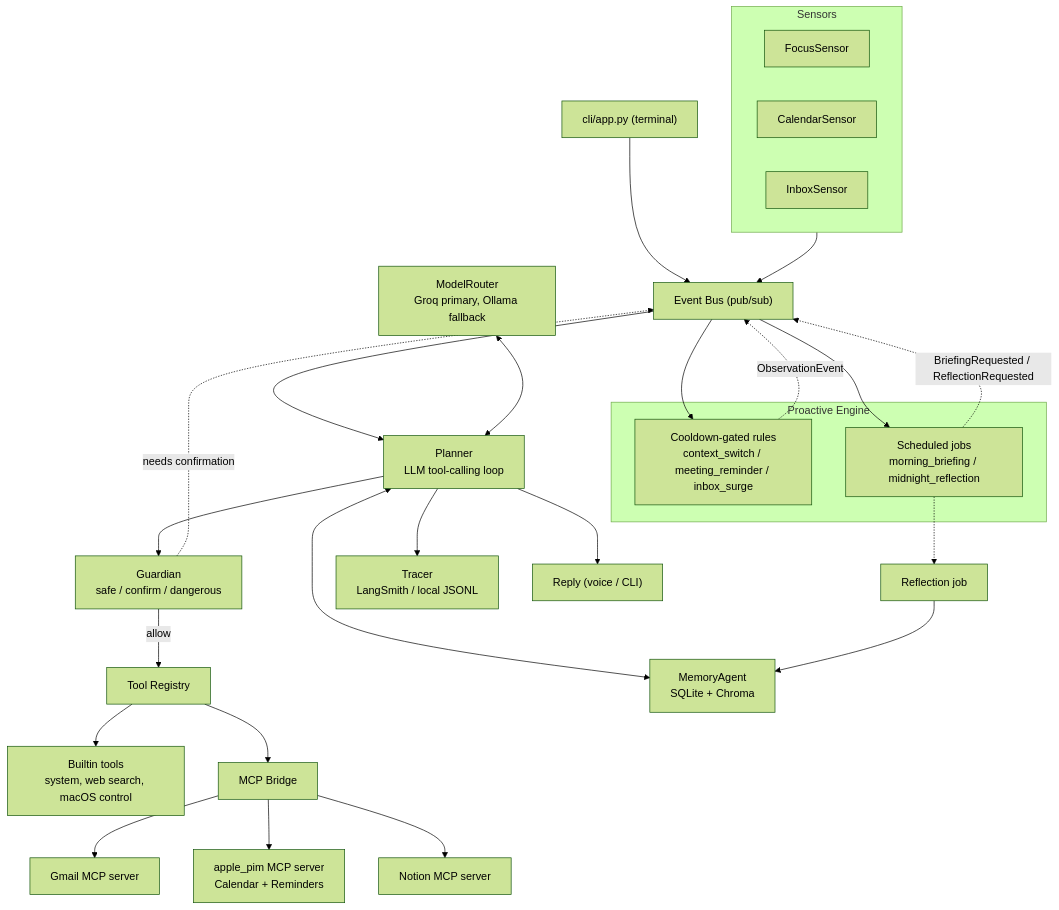
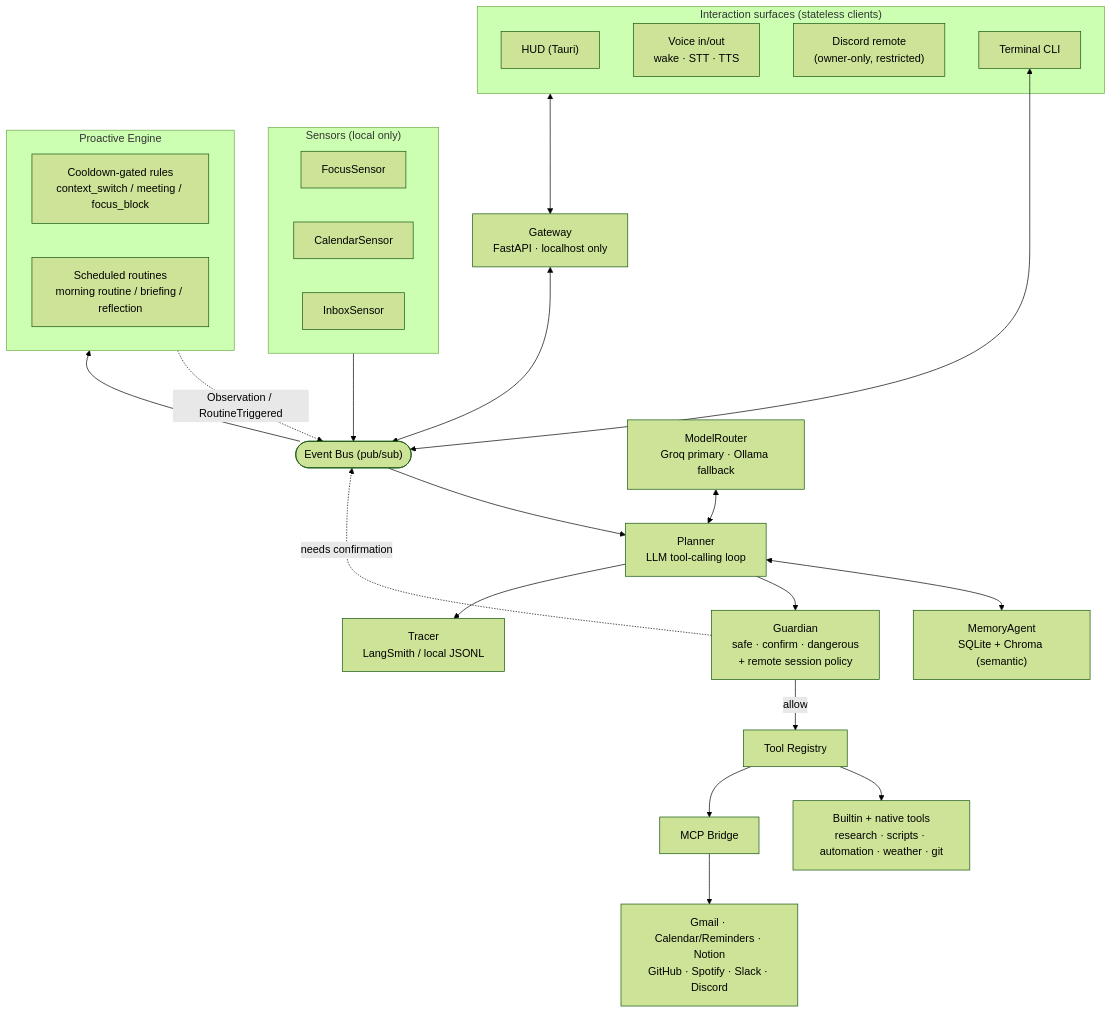
The diagram in README.md (ParrvLuthra22/vesper), drawn with Mermaid (forest theme) before and after one commit. The commit also changed other lines of this file and 2 other files, not shown here.

First line of the commit message:
PC5: release v3.0.0 — audit, docs, architecture writeup

````diff
--- a/README.md
+++ b/README.md
@@ -18,41 +29,42 @@
 ```mermaid
 flowchart TB
-    subgraph Sensing["Sensors"]
+    subgraph Sensing["Sensors (local only)"]
         Focus["FocusSensor"]
         Cal["CalendarSensor"]
         Inbox["InboxSensor"]
     end
 
     subgraph Proactive["Proactive Engine"]
-        Rules["Cooldown-gated rules<br/>context_switch / meeting_reminder / inbox_surge"]
-        Sched["Scheduled jobs<br/>morning_briefing / midnight_reflection"]
+        Rules["Cooldown-gated rules<br/>context_switch / meeting / focus_block"]
+        Sched["Scheduled routines<br/>morning routine / briefing / reflection"]
     end
 
-    Bus["Event Bus (pub/sub)"]
-    CLI["cli/app.py (terminal)"] --> Bus
+    Bus(["Event Bus (pub/sub)"])
     Sensing --> Bus
-    Bus --> Rules
-    Bus --> Sched
-    Rules -.->|ObservationEvent| Bus
-    Sched -.->|BriefingRequested / ReflectionRequested| Bus
+    Bus --> Proactive
+    Proactive -.->|Observation / RoutineTriggered| Bus
 
     Bus --> Planner["Planner<br/>LLM tool-calling loop"]
-    Router["ModelRouter<br/>Groq primary, Ollama fallback"] <--> Planner
+    Router["ModelRouter<br/>Groq primary · Ollama fallback"] <--> Planner
+    Planner <--> Memory["MemoryAgent<br/>SQLite + Chroma (semantic)"]
 
-    Planner --> Guardian["Guardian<br/>safe / confirm / dangerous"]
+    Planner --> Guardian["Guardian<br/>safe · confirm · dangerous<br/>+ remote session policy"]
     Guardian -->|allow| Registry["Tool Registry"]
     Guardian -.->|needs confirmation| Bus
 
-    Registry --> Builtin["Builtin tools<br/>system, web search, macOS control"]
-    Registry --> MCPBridge["MCP Bridge"]
-    MCPBridge --> Gmail["Gmail MCP server"]
-    MCPBridge --> Apple["apple_pim MCP server<br/>Calendar + Reminders"]
-    MCPBridge --> Notion["Notion MCP server"]
-
-    Planner <--> Memory["MemoryAgent<br/>SQLite + Chroma"]
-    Reflection["Reflection job"] --> Memory
-    Sched -.-> Reflection
+    Registry --> Builtin["Builtin + native tools<br/>research · scripts · automation · weather · git"]
+    Registry --> MCP["MCP Bridge"]
+    MCP --> Servers["Gmail · Calendar/Reminders · Notion<br/>GitHub · Spotify · Slack · Discord"]
 
     Planner --> Tracer["Tracer<br/>LangSmith / local JSONL"]
-    Planner --> Reply["Reply (voice / CLI)"]
+
+    subgraph Clients["Interaction surfaces (stateless clients)"]
+        HUD["HUD (Tauri)"]
+        Voice["Voice in/out<br/>wake · STT · TTS"]
+        Remote["Discord remote<br/>(owner-only, restricted)"]
+        Term["Terminal CLI"]
+    end
+    Gateway["Gateway<br/>FastAPI · localhost only"] <--> Bus
+    Clients <--> Gateway
+    Term <--> Bus
 ```
````
